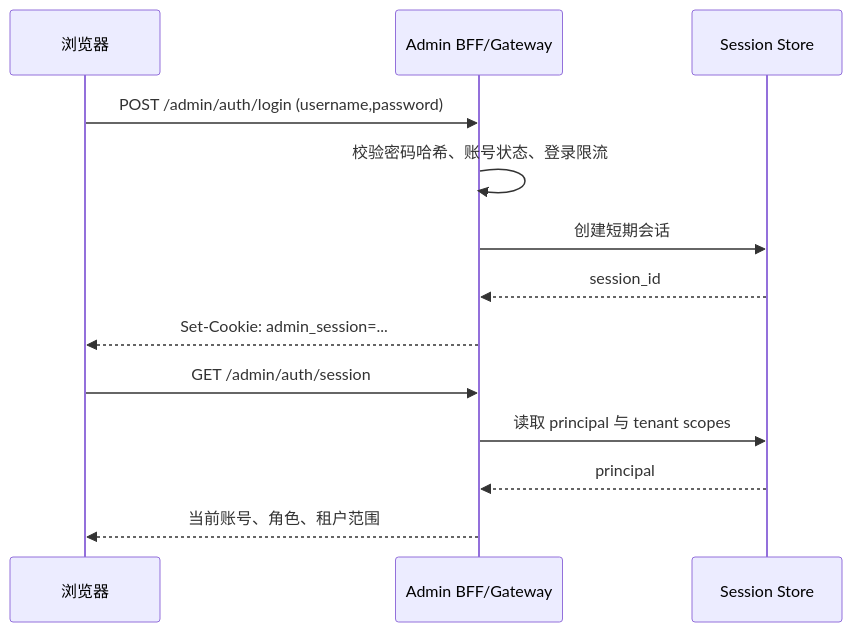
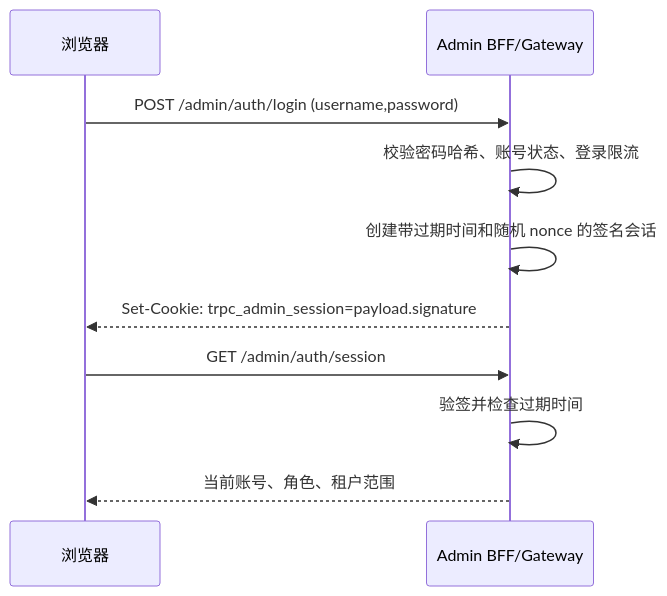
The second of 2 diagrams in docs/docs/admin-web-ui.md (XnLemon/trpc-agent-service), drawn with Mermaid before and after one commit. The commit also changed other lines of this file and 3 other files, not shown here.

Commit message:
fix(admin): harden session authentication

````diff
--- a/docs/docs/admin-web-ui.md
+++ b/docs/docs/admin-web-ui.md
@@ -117,15 +118,12 @@
 ```mermaid
 sequenceDiagram
   participant B as 浏览器
   participant A as Admin BFF/Gateway
-  participant S as Session Store
   B->>A: POST /admin/auth/login (username,password)
   A->>A: 校验密码哈希、账号状态、登录限流
-  A->>S: 创建短期会话
-  S-->>A: session_id
-  A-->>B: Set-Cookie: admin_session=...
+  A->>A: 创建带过期时间和随机 nonce 的签名会话
+  A-->>B: Set-Cookie: trpc_admin_session=payload.signature
   B->>A: GET /admin/auth/session
-  A->>S: 读取 principal 与 tenant scopes
-  S-->>A: principal
+  A->>A: 验签并检查过期时间
   A-->>B: 当前账号、角色、租户范围
 ```
````
